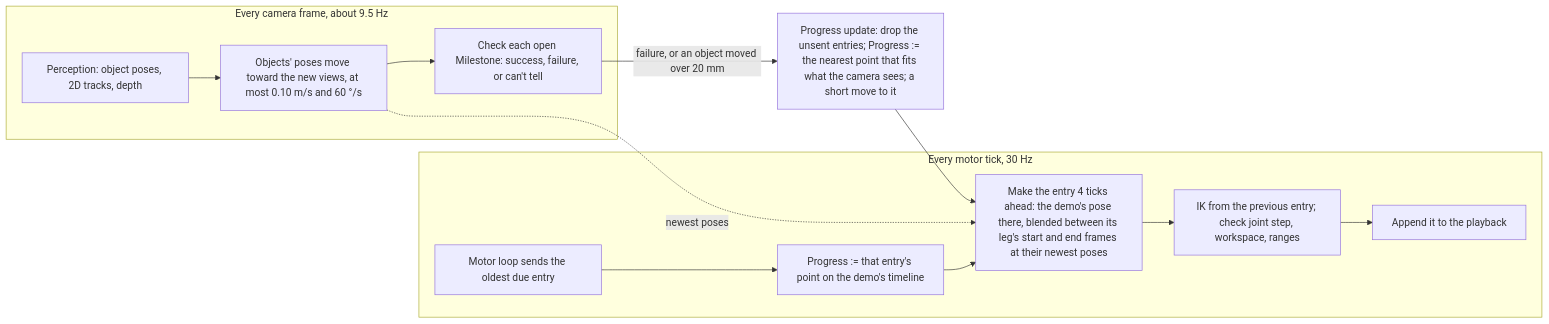
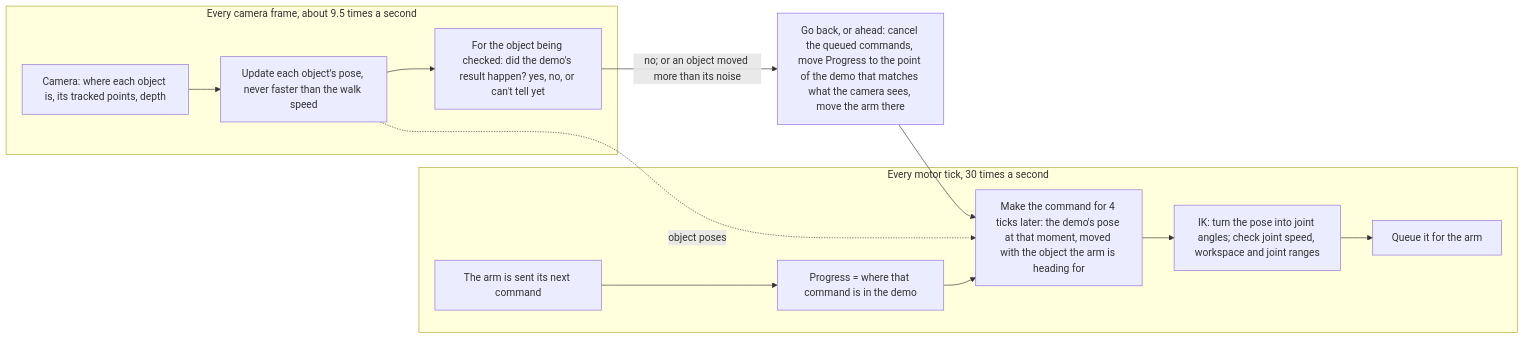
The first of 2 diagrams in src/lerobot/showservo/docs/act_execution.md (TheWisp/lerobot), drawn with Mermaid before and after one commit. The commit also changed other lines of this file, not shown here.

````diff
--- a/src/lerobot/showservo/docs/act_execution.md
+++ b/src/lerobot/showservo/docs/act_execution.md
@@ -113,21 +120,21 @@
 ```mermaid
 flowchart LR
-    subgraph TICK["Every motor tick, 30 Hz"]
-        T1["Motor loop sends the oldest due entry"]
-        T2["Progress := that entry's point on the demo's timeline"]
-        T3["Make the entry 4 ticks ahead: the demo's pose there, blended between its leg's start and end frames at their newest poses"]
-        T4["IK from the previous entry; check joint step, workspace, ranges"]
-        T5["Append it to the playback"]
+    subgraph TICK["Every motor tick, 30 times a second"]
+        T1["The arm is sent its next command"]
+        T2["Progress = where that command is in the demo"]
+        T3["Make the command for 4 ticks later: the demo's pose at that moment, moved with the object the arm is heading for"]
+        T4["IK: turn the pose into joint angles; check joint speed, workspace and joint ranges"]
+        T5["Queue it for the arm"]
         T1 --> T2 --> T3 --> T4 --> T5
     end
-    subgraph FRAME["Every camera frame, about 9.5 Hz"]
-        F1["Perception: object poses, 2D tracks, depth"]
-        F2["Objects' poses move toward the new views, at most 0.10 m/s and 60 °/s"]
-        F3["Check each open Milestone: success, failure, or can't tell"]
+    subgraph FRAME["Every camera frame, about 9.5 times a second"]
+        F1["Camera: where each object is, its tracked points, depth"]
+        F2["Update each object's pose, never faster than the walk speed"]
+        F3["For the object being checked: did the demo's result happen? yes, no, or can't tell yet"]
         F1 --> F2 --> F3
     end
-    U["Progress update: drop the unsent entries; Progress := the nearest point that fits what the camera sees; a short move to it"]
-    F3 -- "failure, or an object moved over 20 mm" --> U
+    U["Go back, or ahead: cancel the queued commands, move Progress to the point of the demo that matches what the camera sees, move the arm there"]
+    F3 -- "no; or an object moved more than its noise" --> U
     U --> T3
-    F2 -. "newest poses" .-> T3
+    F2 -. "object poses" .-> T3
 ```
````
